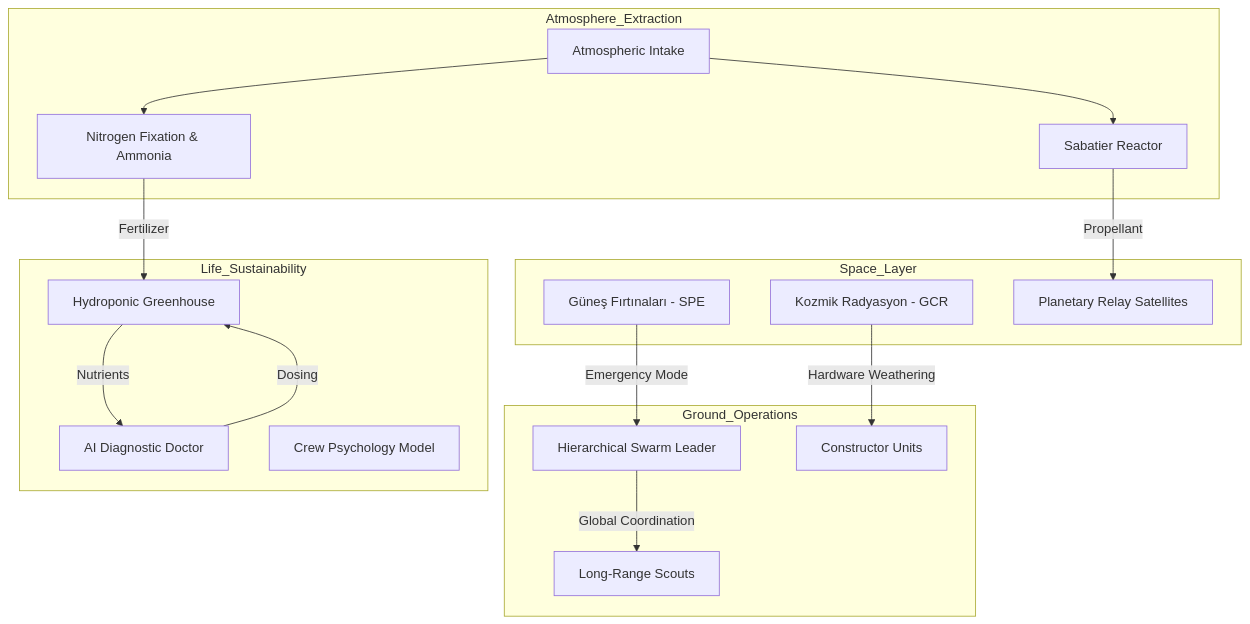
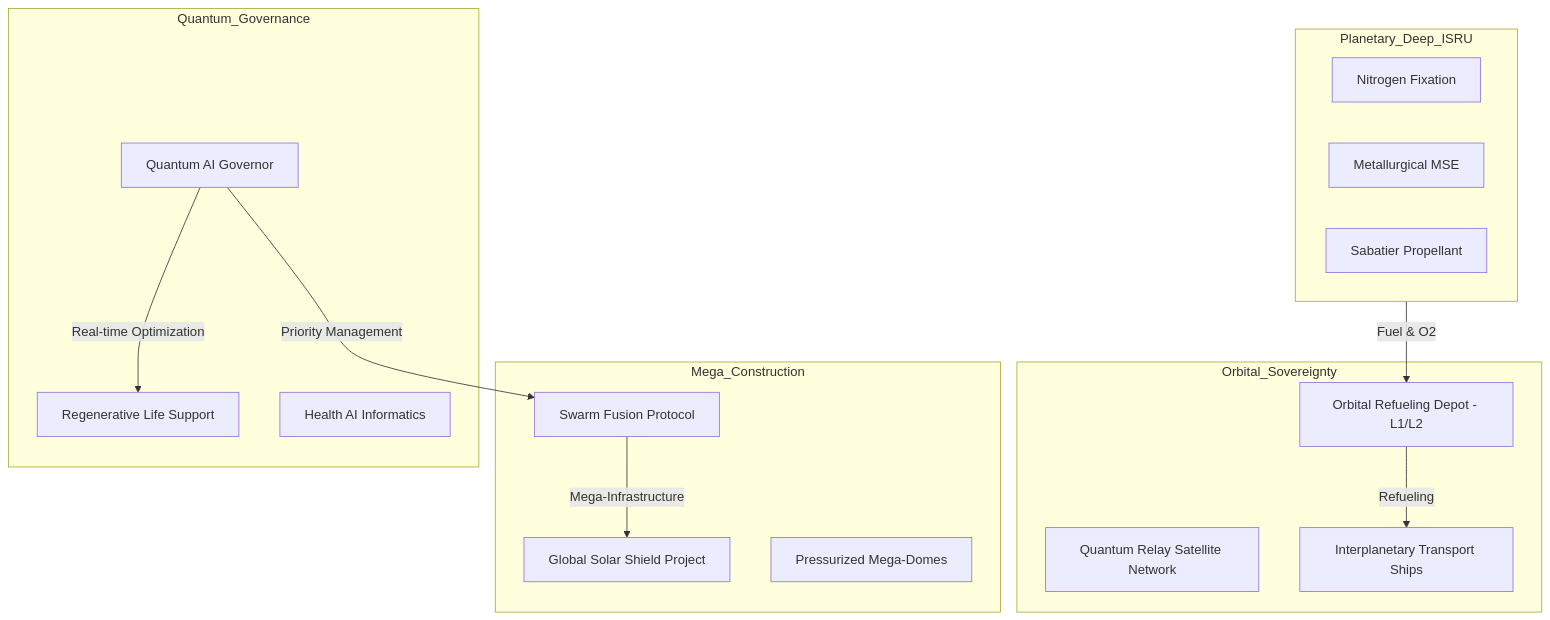
One commit to arch-yunus/RedPlanet-Autonomous-Habitat changed the diagram in README.md. Above: the diagram before and after it, drawn with Mermaid. The commit also changed other lines of this file and 5 other files, not shown here.

Commit message:
Interplanetary Sovereign v6.0 FINAL: Orbital Depots, Swarm Fusion, and Sovereign Handbook with Banner

````diff
--- a/README.md
+++ b/README.md
@@ -14,34 +16,32 @@
 ```mermaid
 graph TD
-    subgraph Space_Layer
-        GCR[Kozmik Radyasyon - GCR]
-        SPE[Güneş Fırtınaları - SPE]
-        Orbital[Planetary Relay Satellites]
+    subgraph Orbital_Sovereignty
+        Depot[Orbital Refueling Depot - L1/L2]
+        Relay[Quantum Relay Satellite Network]
+        Spacecraft[Interplanetary Transport Ships]
     end
 
-    subgraph Atmosphere_Extraction
-        ISRU_Air[Atmospheric Intake]
-        N2_Fix[Nitrogen Fixation & Ammonia]
-        CO2_Sab[Sabatier Reactor]
+    subgraph Planetary_Deep_ISRU
+        N2[Nitrogen Fixation]
+        Metal[Metallurgical MSE]
+        Fuel[Sabatier Propellant]
     end
 
-    subgraph Ground_Operations
-        Leader[Hierarchical Swarm Leader]
-        Scouts[Long-Range Scouts]
-        Const[Constructor Units]
+    subgraph Mega_Construction
+        Fusion[Swarm Fusion Protocol]
+        Shield[Global Solar Shield Project]
+        Dome[Pressurized Mega-Domes]
     end
 
-    subgraph Life_Sustainability
-        Bio[Hydroponic Greenhouse]
-        HealthAI[AI Diagnostic Doctor]
-        Psy[Crew Psychology Model]
+    subgraph Quantum_Governance
+        Gov[Quantum AI Governor]
+        ECLSS[Regenerative Life Support]
+        Health[Health AI Informatics]
     end
 
-    GCR --> |Hardware Weathering| Const
-    SPE --> |Emergency Mode| Leader
-    ISRU_Air --> N2_Fix --> |Fertilizer| Bio
-    ISRU_Air --> CO2_Sab --> |Propellant| Orbital
-    Leader --> |Global Coordination| Scouts
-    Bio --> |Nutrients| HealthAI
-    HealthAI --> |Dosing| Bio
+    Planetary_Deep_ISRU --> |Fuel & O2| Depot
+    Depot --> |Refueling| Spacecraft
+    Fusion --> |Mega-Infrastructure| Shield
+    Gov --> |Real-time Optimization| ECLSS
+    Gov --> |Priority Management| Fusion
 ```
````
